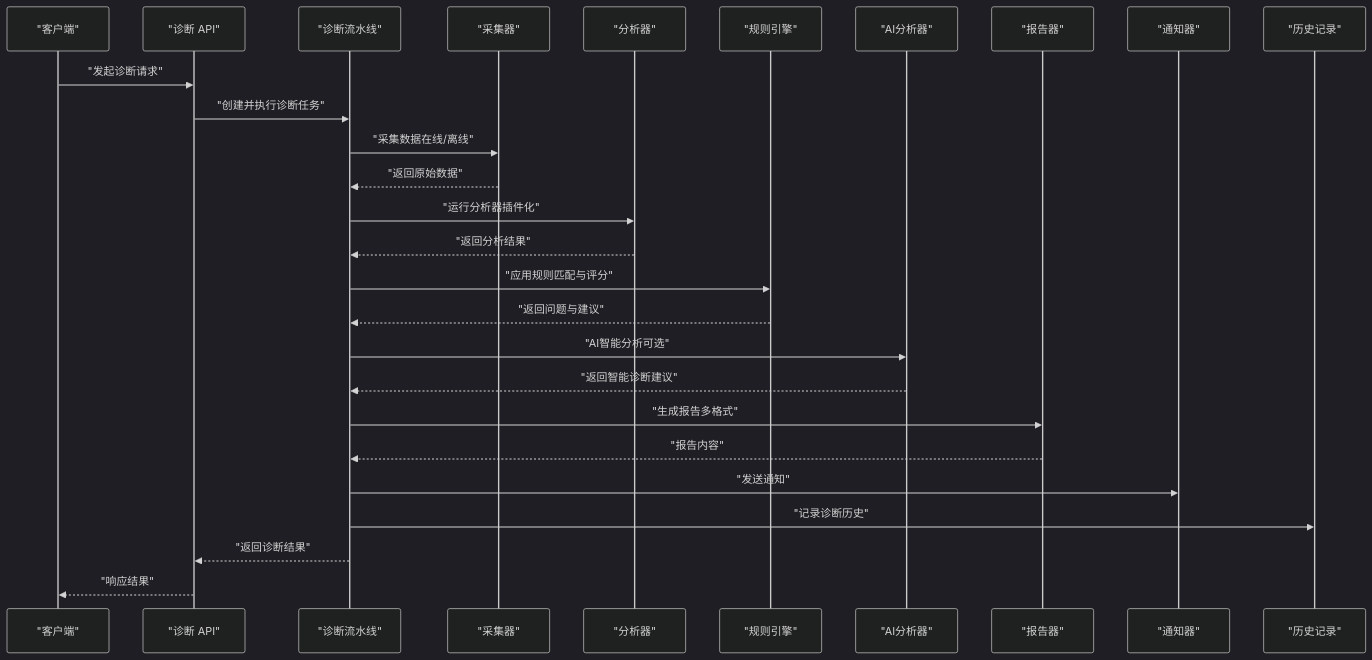
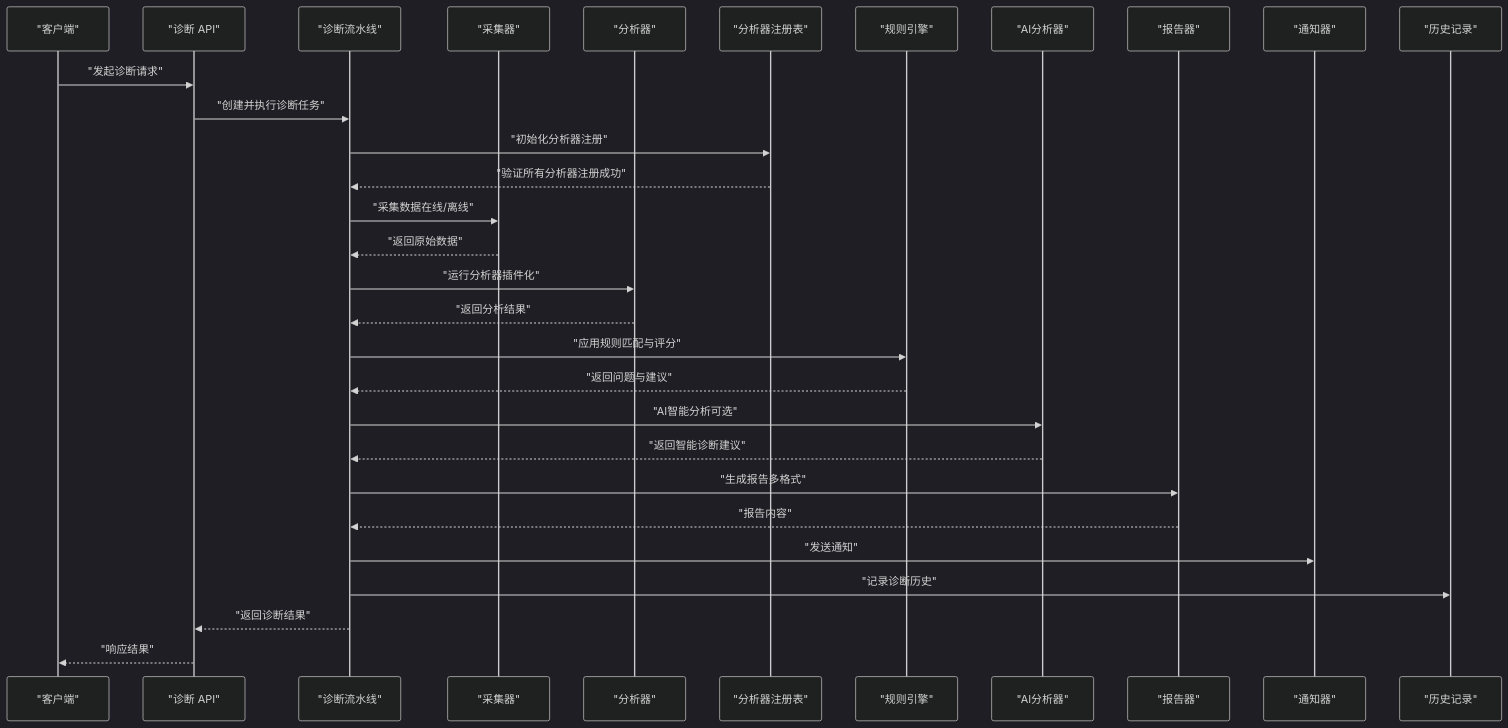
The second of 9 diagrams in .qoder/repowiki/zh/content/系统架构/诊断引擎架构/诊断引擎架构.md (kudig-io/klaw), drawn with Mermaid (dark theme) before and after one commit. The commit also changed other lines of this file and 48 other files, not shown here.

````diff
--- a/.qoder/repowiki/zh/content/系统架构/诊断引擎架构/诊断引擎架构.md
+++ b/.qoder/repowiki/zh/content/系统架构/诊断引擎架构/诊断引擎架构.md
@@ -147,29 +151,32 @@
 ```mermaid
 sequenceDiagram
 participant Client as "客户端"
 participant API as "诊断 API"
 participant Pipeline as "诊断流水线"
 participant Collector as "采集器"
 participant Analyzer as "分析器"
+participant Registry as "分析器注册表"
 participant Rules as "规则引擎"
 participant AI as "AI分析器"
 participant Reporter as "报告器"
 participant Notifier as "通知器"
 participant History as "历史记录"
 Client->>API : "发起诊断请求"
 API->>Pipeline : "创建并执行诊断任务"
+Pipeline->>Registry : "初始化分析器注册"
+Registry-->>Pipeline : "验证所有分析器注册成功"
 Pipeline->>Collector : "采集数据在线/离线"
 Collector-->>Pipeline : "返回原始数据"
 Pipeline->>Analyzer : "运行分析器插件化"
 Analyzer-->>Pipeline : "返回分析结果"
 Pipeline->>Rules : "应用规则匹配与评分"
 Rules-->>Pipeline : "返回问题与建议"
 Pipeline->>AI : "AI智能分析可选"
 AI-->>Pipeline : "返回智能诊断建议"
 Pipeline->>Reporter : "生成报告多格式"
 Reporter-->>Pipeline : "报告内容"
 Pipeline->>Notifier : "发送通知"
 Pipeline->>History : "记录诊断历史"
 Pipeline-->>API : "返回诊断结果"
 API-->>Client : "响应结果"
 ```
````
